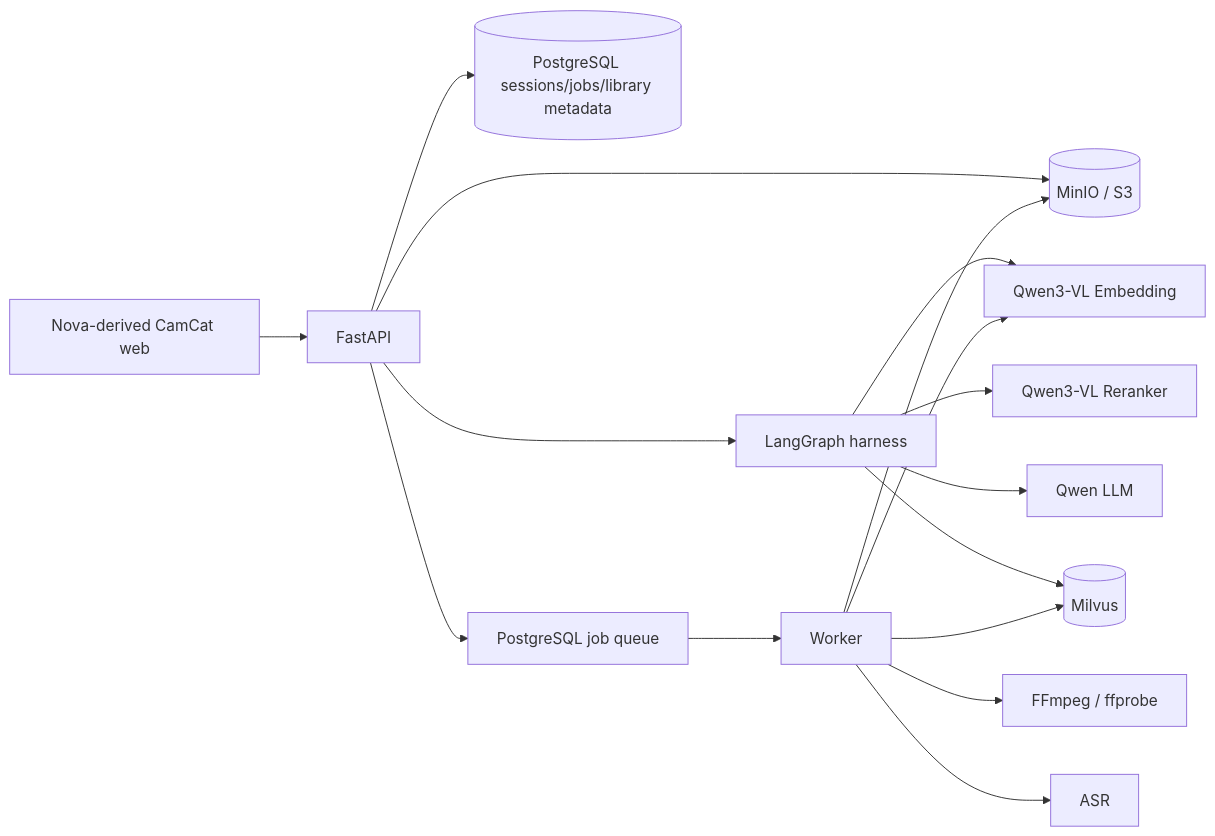
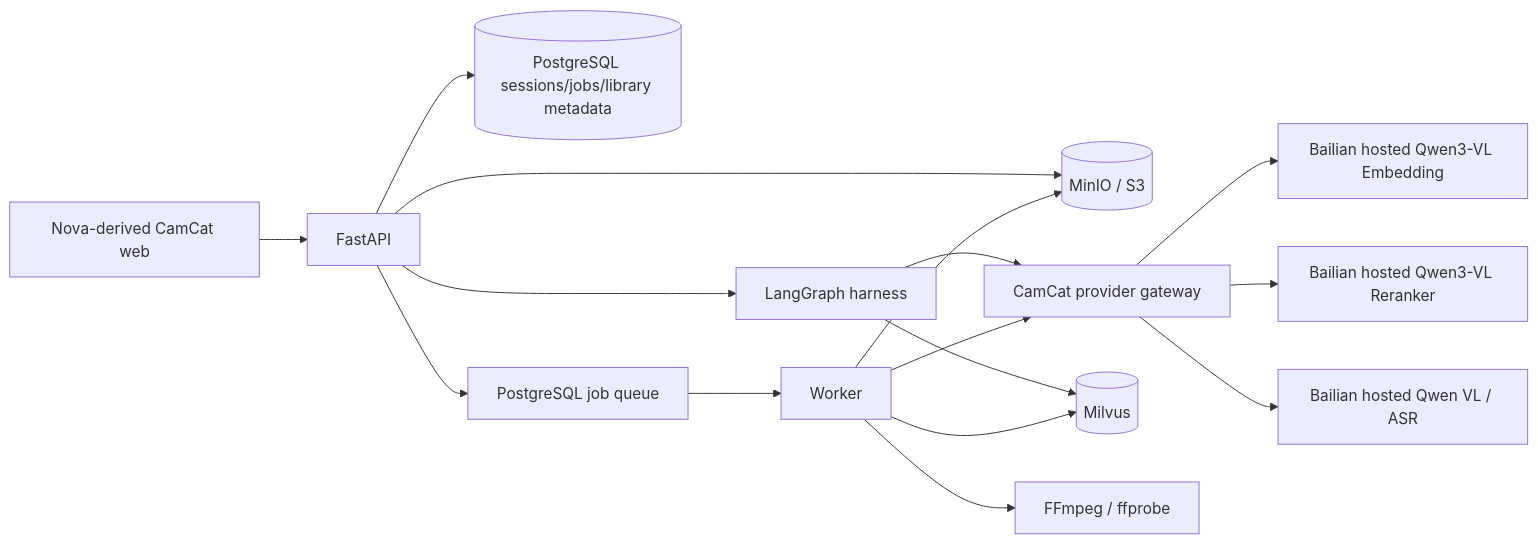
The diagram in docs/architecture.md (Kehan-Peng/CamCat-Agentic-Cut-Platform), drawn with Mermaid before and after one commit. The commit also changed 25 other files, not shown here.

Commit message:
feat: run CamCat against hosted Bailian models

````diff
--- a/docs/architecture.md
+++ b/docs/architecture.md
@@ -3,18 +3,18 @@
 ```mermaid
 flowchart LR
     UI["Nova-derived CamCat web"] --> API["FastAPI"]
     API --> PG[(PostgreSQL sessions/jobs/library metadata)]
     API --> S3[(MinIO / S3)]
     API --> LG["LangGraph harness"]
-    LG --> EMB["Qwen3-VL Embedding"]
-    LG --> RR["Qwen3-VL Reranker"]
-    LG --> LLM["Qwen LLM"]
+    LG --> GW["CamCat provider gateway"]
+    GW --> EMB["Bailian hosted Qwen3-VL Embedding"]
+    GW --> RR["Bailian hosted Qwen3-VL Reranker"]
+    GW --> LLM["Bailian hosted Qwen VL / ASR"]
     LG --> MV[(Milvus)]
     API --> Q["PostgreSQL job queue"]
     Q --> W["Worker"]
     W --> FF["FFmpeg / ffprobe"]
-    W --> ASR["ASR"]
-    W --> EMB
+    W --> GW
     W --> MV
     W --> S3
 ```
````
